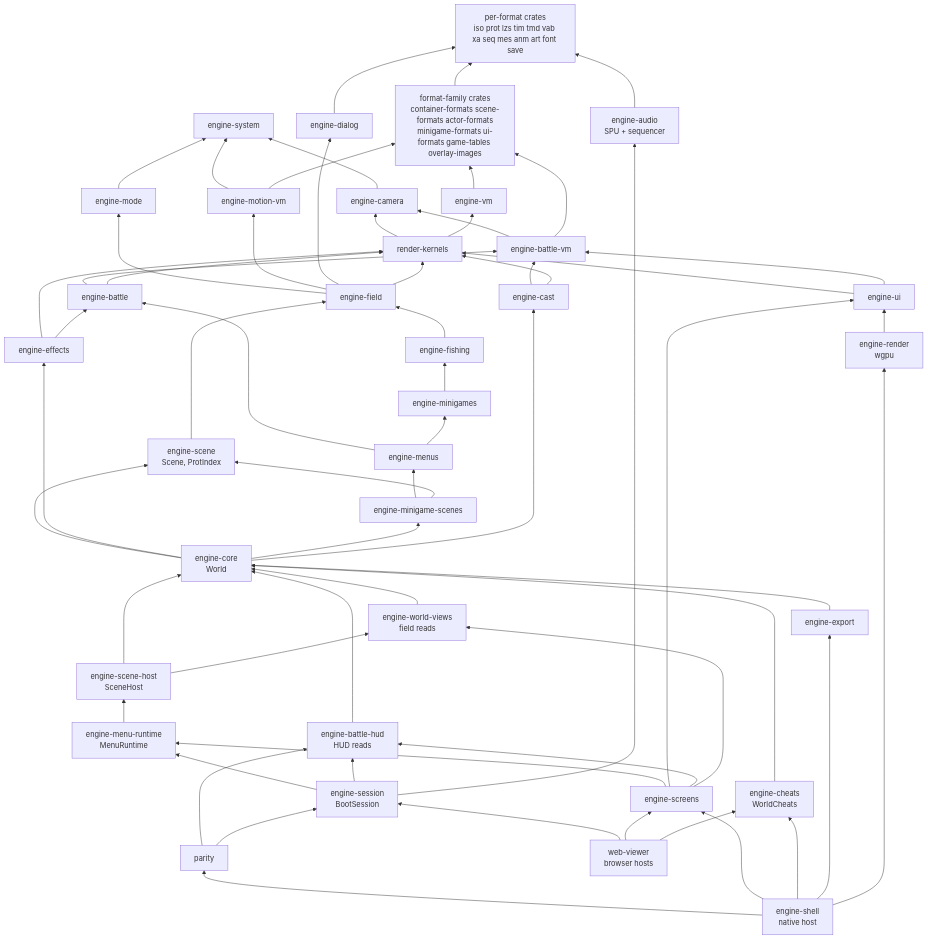
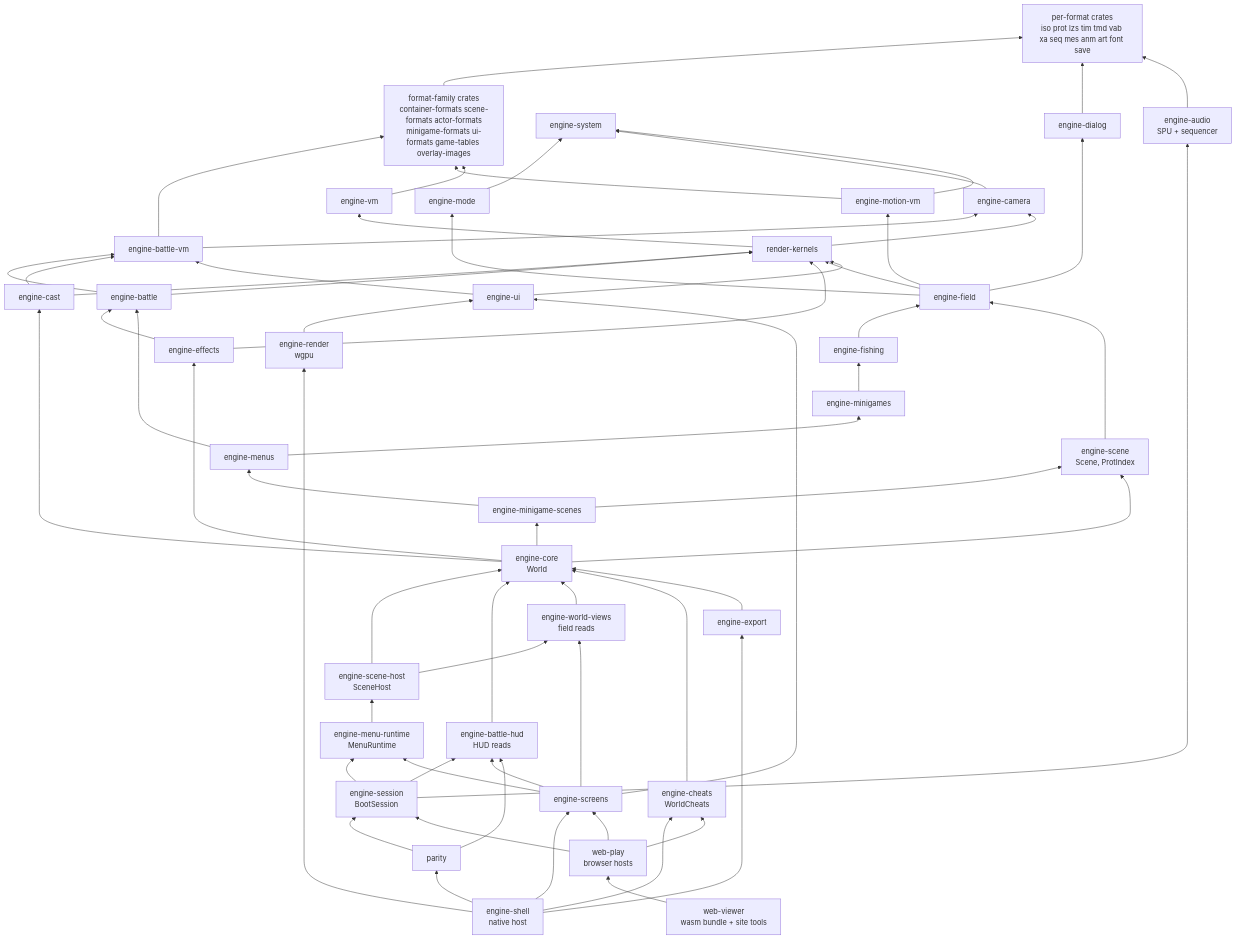
Before and after one commit to AndrewAltimit/legend-of-legaia-re: the first of 4 diagrams in docs/subsystems/engine.md, drawn with Mermaid. The commit also changed other lines of this file and 375 other files, not shown here.

````diff
--- a/docs/subsystems/engine.md
+++ b/docs/subsystems/engine.md
@@ -75,7 +75,8 @@
     EXP["engine-export"]
     PAR["parity"]
     SHELL["engine-shell<br/>native host"]
-    WEB["web-viewer<br/>browser hosts"]
+    WEBP["web-play<br/>browser hosts"]
+    WEB["web-viewer<br/>wasm bundle + site tools"]
 
     FAM --> FMT
     EDLG --> FMT
@@ -134,7 +135,8 @@
     SHELL --> EXP
     EXP --> CORE
     SHELL --> EREN
-    WEB --> SESS
-    WEB --> SCR
-    WEB --> ECHT
+    WEBP --> SESS
+    WEBP --> SCR
+    WEBP --> ECHT
+    WEB --> WEBP
 ```
````
